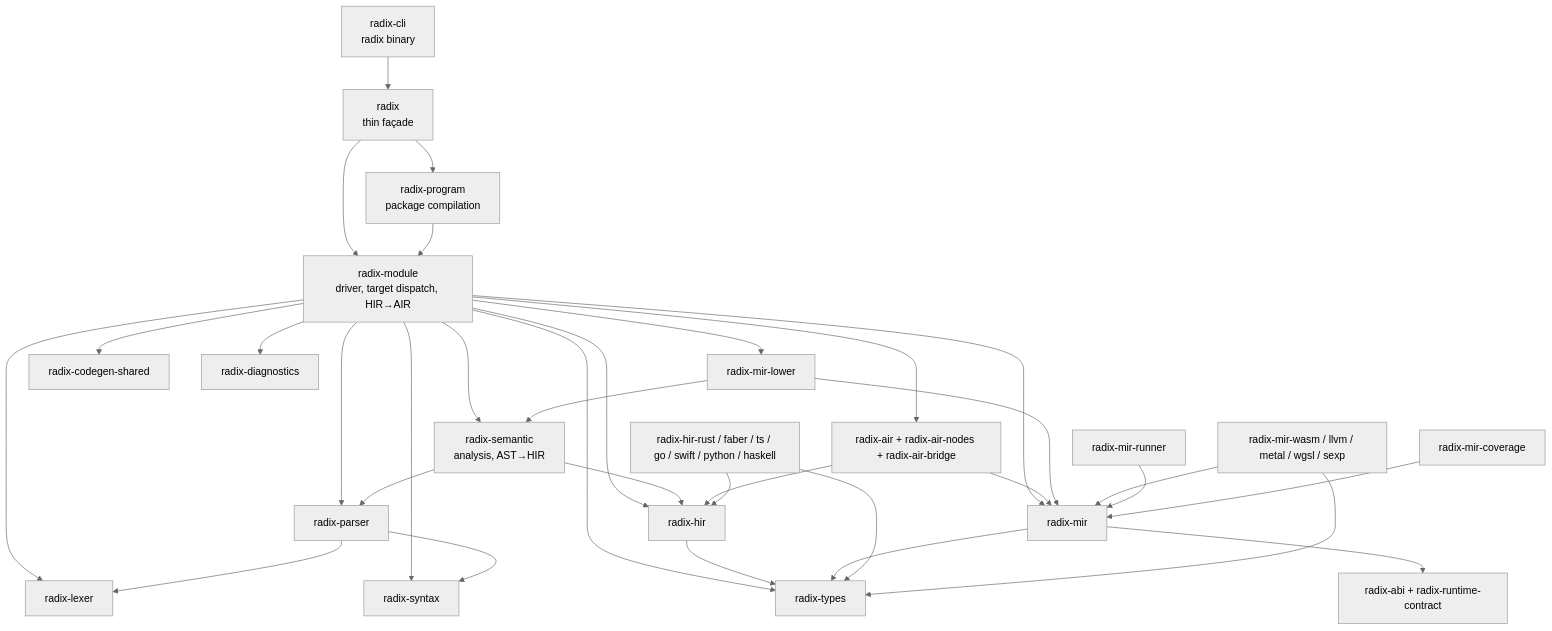
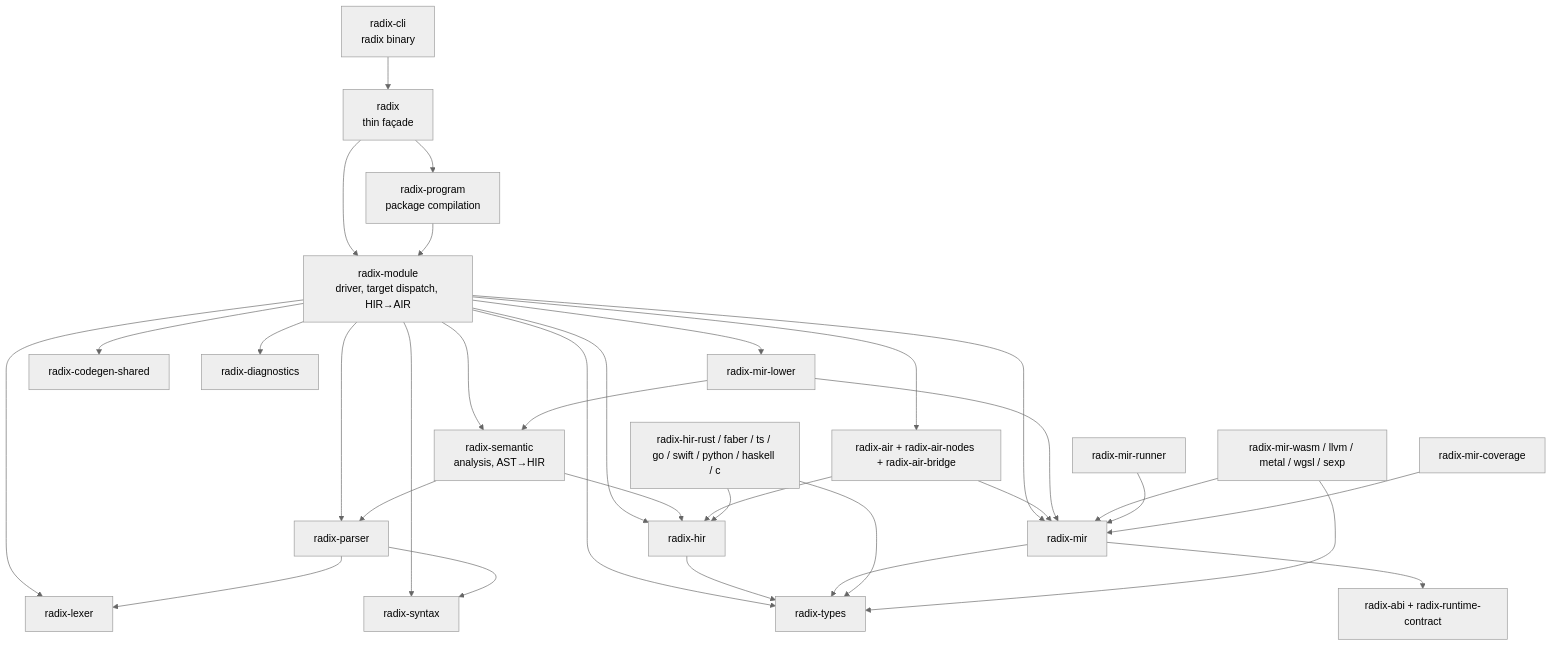
The third of 10 diagrams in src/en-US/toolchain/radix.md (faberlang/faberlang.dev), drawn with Mermaid (neutral theme) before and after one commit. The commit also changed other lines of this file and 84 other files, not shown here.

````diff
--- a/src/en-US/toolchain/radix.md
+++ b/src/en-US/toolchain/radix.md
@@ -191,58 +191,58 @@
 ```mermaid
 flowchart TB
     Facade["radix\nthin façade"]
     Module["radix-module\ndriver, target dispatch, HIR→AIR"]
     Program["radix-program\npackage compilation"]
     CLI["radix-cli\nradix binary"]
 
     Lexer["radix-lexer"]
     Syntax["radix-syntax"]
     Parser["radix-parser"]
     Types["radix-types"]
     HIR["radix-hir"]
     Semantic["radix-semantic\nanalysis, AST→HIR"]
     AIR["radix-air + radix-air-nodes + radix-air-bridge"]
     MIR["radix-mir"]
     MIRLower["radix-mir-lower"]
     Shared["radix-codegen-shared"]
     Diagnostics["radix-diagnostics"]
 
-    HIRBackends["radix-hir-rust / faber / ts / go / swift / python / haskell"]
+    HIRBackends["radix-hir-rust / faber / ts / go / swift / python / haskell / c"]
     MIRBackends["radix-mir-wasm / llvm / metal / wgsl / sexp"]
     Runner["radix-mir-runner"]
     Coverage["radix-mir-coverage"]
     ABI["radix-abi + radix-runtime-contract"]
 
     CLI --> Facade
     Facade --> Module
     Facade --> Program
     Program --> Module
     Module --> Semantic
     Module --> Lexer
     Module --> Syntax
     Module --> Parser
     Module --> Types
     Module --> HIR
     Module --> AIR
     Module --> MIR
     Module --> MIRLower
     Module --> Shared
     Module --> Diagnostics
     Semantic --> Parser
     Semantic --> HIR
     Parser --> Lexer
     Parser --> Syntax
     HIR --> Types
     AIR --> HIR
     AIR --> MIR
     MIR --> Types
     MIRLower --> MIR
     MIRLower --> Semantic
     HIRBackends --> HIR
     HIRBackends --> Types
     MIRBackends --> MIR
     MIRBackends --> Types
     Runner --> MIR
     Coverage --> MIR
     MIR --> ABI
 ```
````
